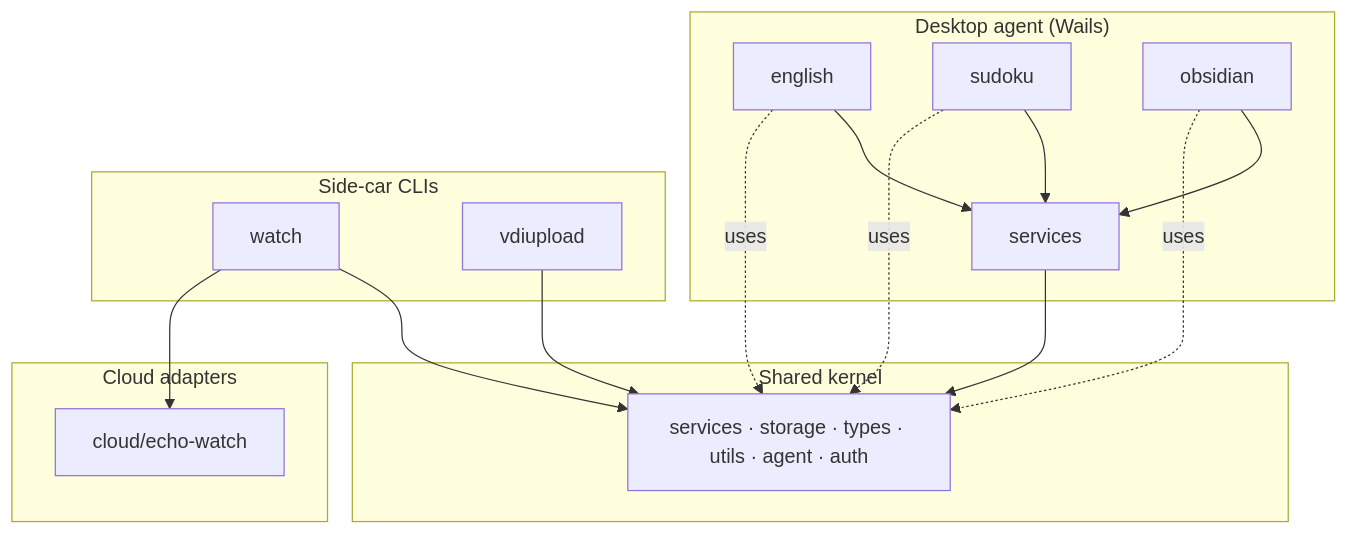
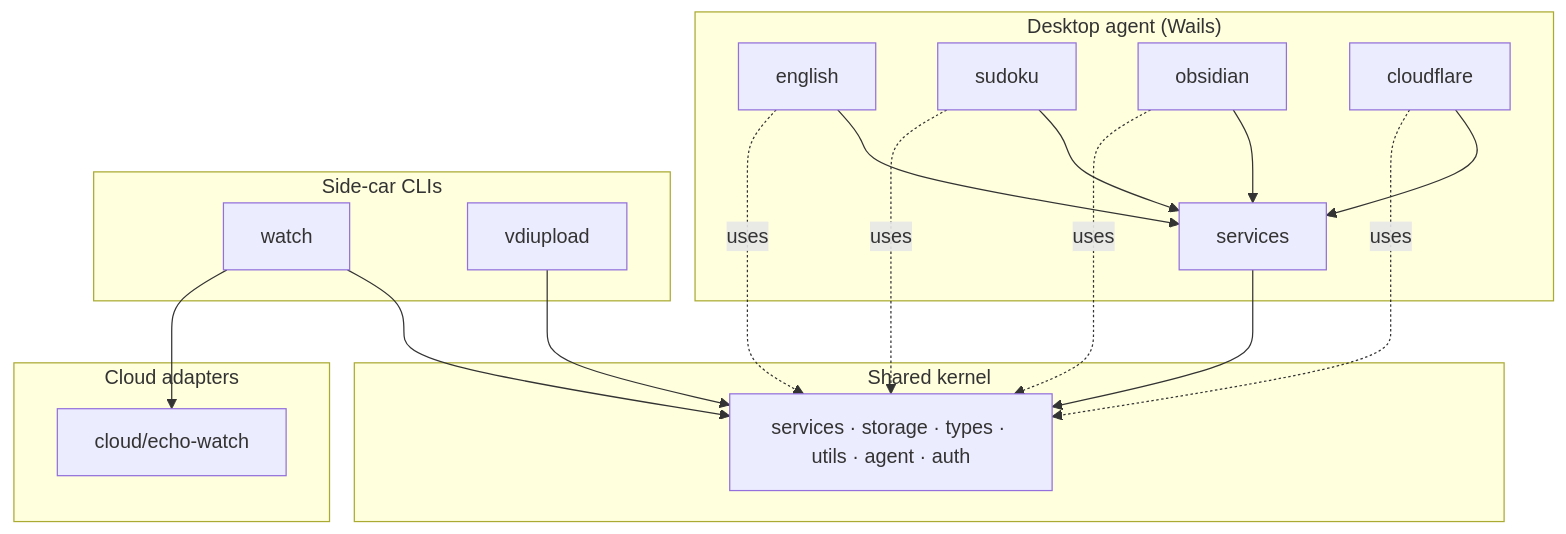
Before and after one commit to zcharym/talus-mofish: the diagram in docs/domains/README.md, drawn with Mermaid. The commit also changed other lines of this file and 26 other files, not shown here.

````diff
--- a/docs/domains/README.md
+++ b/docs/domains/README.md
@@ -25,33 +26,36 @@
 ```mermaid
 flowchart TB
   subgraph desktop["Desktop agent (Wails)"]
     EN[english]
     SU[sudoku]
     OB[obsidian]
+    CF[cloudflare]
     SVC[services]
     EN --> SVC
     SU --> SVC
     OB --> SVC
+    CF --> SVC
   end
 
   subgraph sidecars["Side-car CLIs"]
     W[watch]
     U[vdiupload]
   end
 
   subgraph cloud["Cloud adapters"]
     CW[cloud/echo-watch]
   end
 
   subgraph kernel["Shared kernel"]
     K[services · storage · types · utils · agent · auth]
   end
 
   SVC --> K
   EN -.->|uses| K
   SU -.->|uses| K
   OB -.->|uses| K
+  CF -.->|uses| K
   W --> K
   U --> K
   W --> CW
 ```
````
